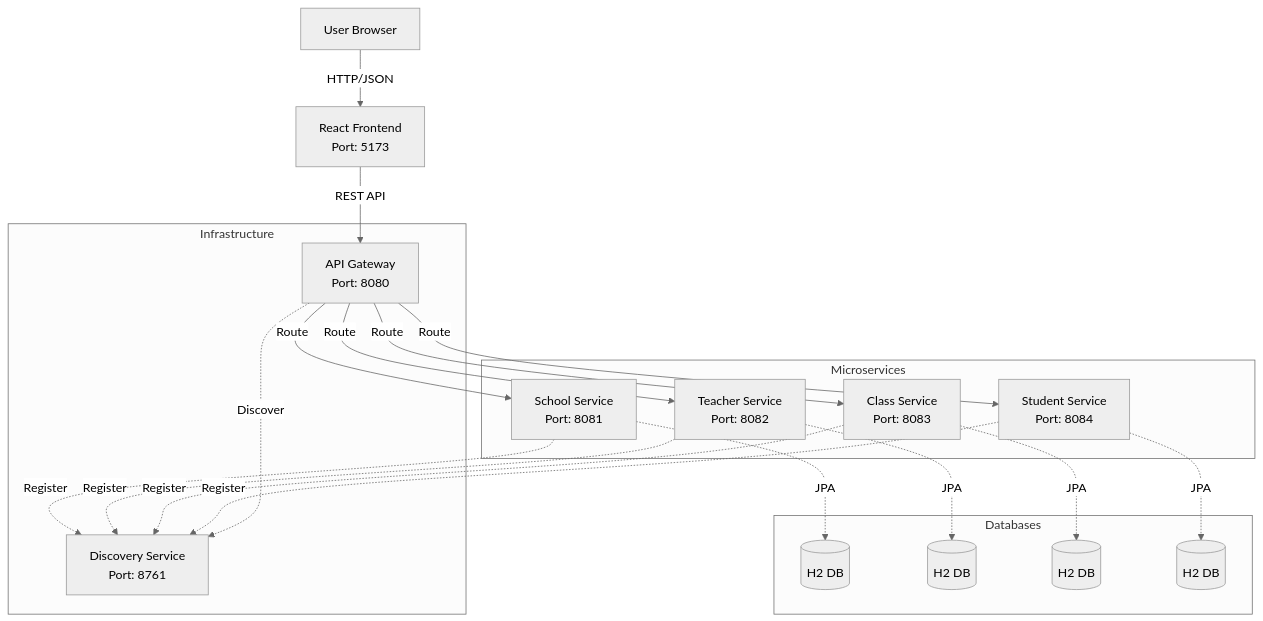
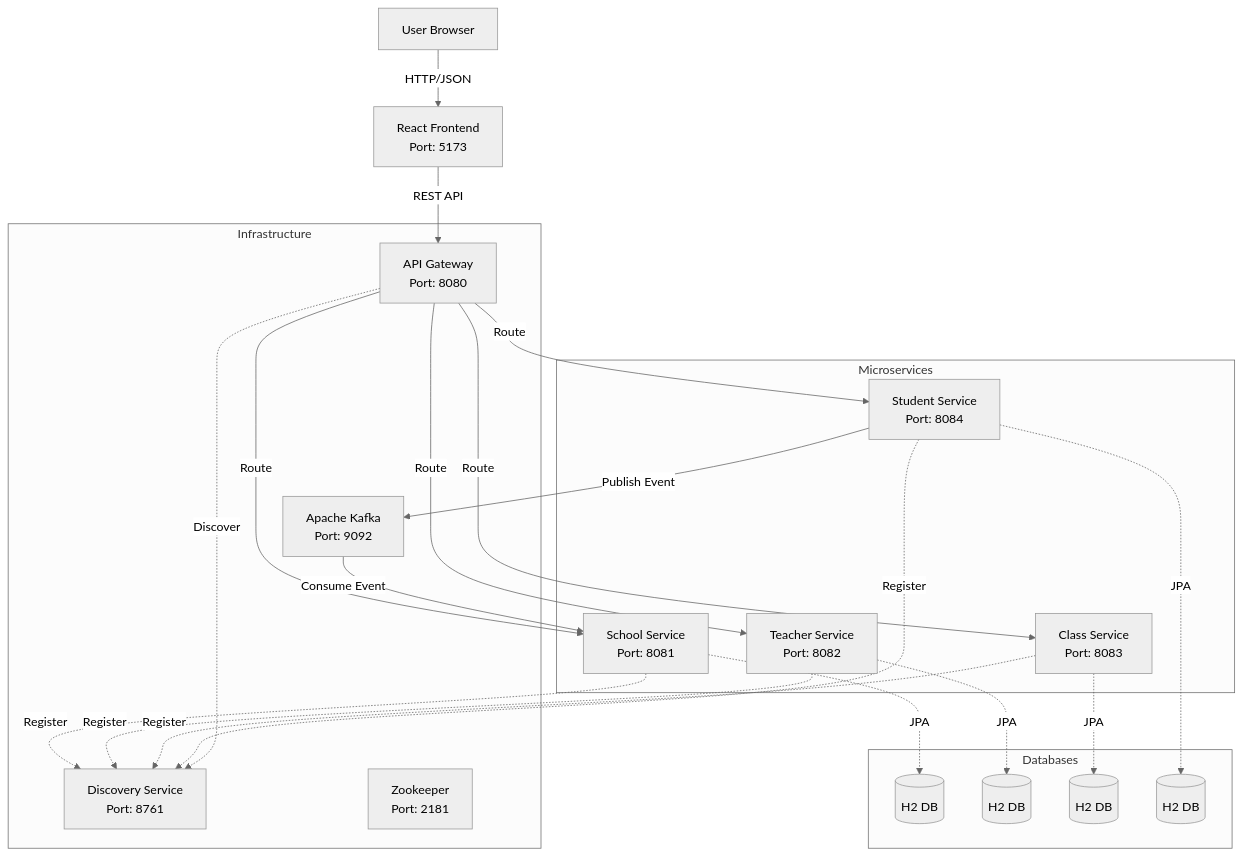
Before and after one commit to bhaumiksinh/School-Management-System: the diagram in README.md, drawn with Mermaid (neutral theme). The commit also changed other lines of this file, not shown here.

Commit message:
Docs: Update README with Kafka details

````diff
--- a/README.md
+++ b/README.md
@@ -21,30 +21,35 @@
 ```mermaid
 graph TD
     User[User Browser] -->|HTTP/JSON| Frontend[React Frontend<br/>Port: 5173]
     Frontend -->|REST API| Gateway[API Gateway<br/>Port: 8080]
     
     subgraph Infrastructure
         Eureka[Discovery Service<br/>Port: 8761]
         Gateway
+        Kafka[Apache Kafka<br/>Port: 9092]
+        Zookeeper[Zookeeper<br/>Port: 2181]
     end
 
     subgraph Microservices
         Gateway -->|Route| School[School Service<br/>Port: 8081]
         Gateway -->|Route| Teacher[Teacher Service<br/>Port: 8082]
         Gateway -->|Route| Class[Class Service<br/>Port: 8083]
         Gateway -->|Route| Student[Student Service<br/>Port: 8084]
         
         School -.->|Register| Eureka
         Teacher -.->|Register| Eureka
         Class -.->|Register| Eureka
         Student -.->|Register| Eureka
         Gateway -.->|Discover| Eureka
+        
+        Student -->|Publish Event| Kafka
+        Kafka -->|Consume Event| School
     end
     
     subgraph Databases
         School -.->|JPA| DB1[(H2 DB)]
         Teacher -.->|JPA| DB2[(H2 DB)]
         Class -.->|JPA| DB3[(H2 DB)]
         Student -.->|JPA| DB4[(H2 DB)]
     end
 ```
````
